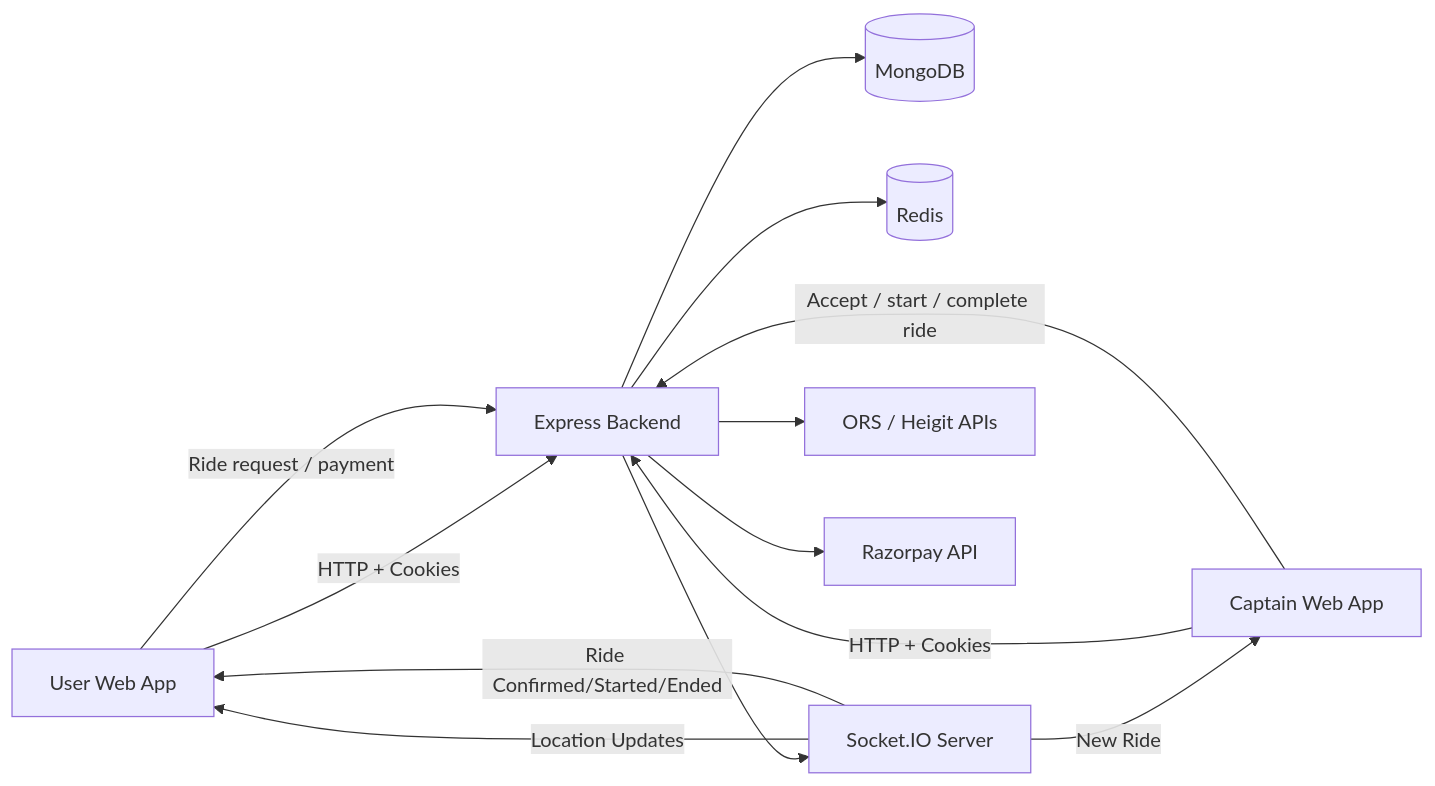
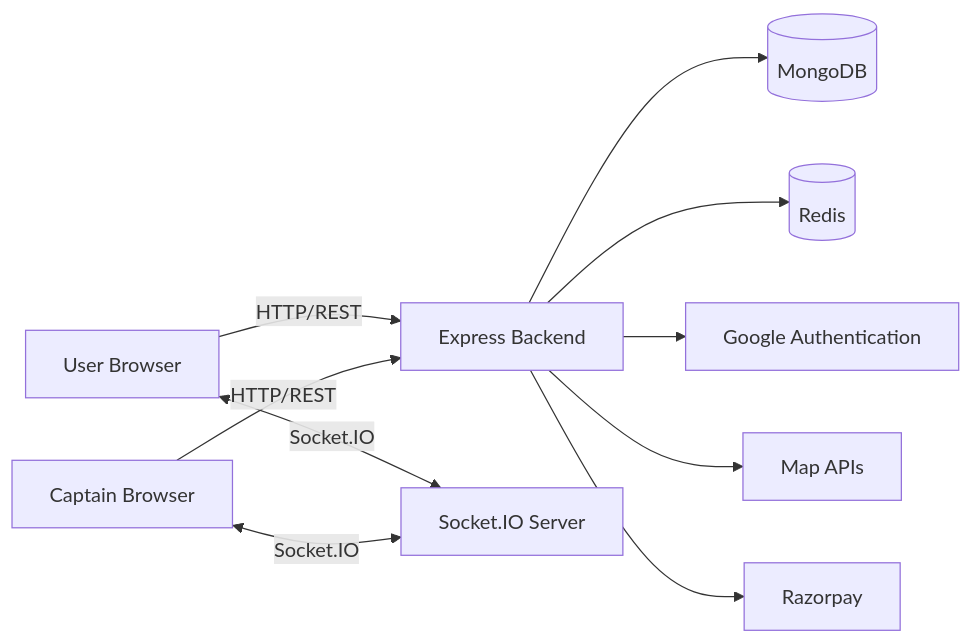
Before and after one commit to himanshu-sahu-027/goSafar: the first of 15 diagrams in README.md, drawn with Mermaid. The commit also changed other lines of this file and 29 other files, not shown here.

First line of the commit message:
feat: add Google Sign-In functionality to Captain and User authentication flows

````diff
--- a/README.md
+++ b/README.md
@@ -190,18 +62,12 @@
 ```mermaid
 flowchart LR
-    U[User Web App] -->|HTTP + Cookies| B[Express Backend]
-    C[Captain Web App] -->|HTTP + Cookies| B
-
+    U[User Browser] -->|HTTP/REST| B[Express Backend]
+    C[Captain Browser] -->|HTTP/REST| B
+    U <-->|Socket.IO| S[Socket.IO Server]
+    C <-->|Socket.IO| S
     B --> M[(MongoDB)]
     B --> R[(Redis)]
-    B --> S[Socket.IO Server]
-    B --> O[ORS / Heigit APIs]
-    B --> P[Razorpay API]
-
-    S -->|New Ride| C
-    S -->|Location Updates| U
-    S -->|Ride Confirmed/Started/Ended| U
-
-    U -->|Ride request / payment| B
-    C -->|Accept / start / complete ride| B
+    B --> G[Google Authentication]
+    B --> MAP[Map APIs]
+    B --> RP[Razorpay]
 ```
````
